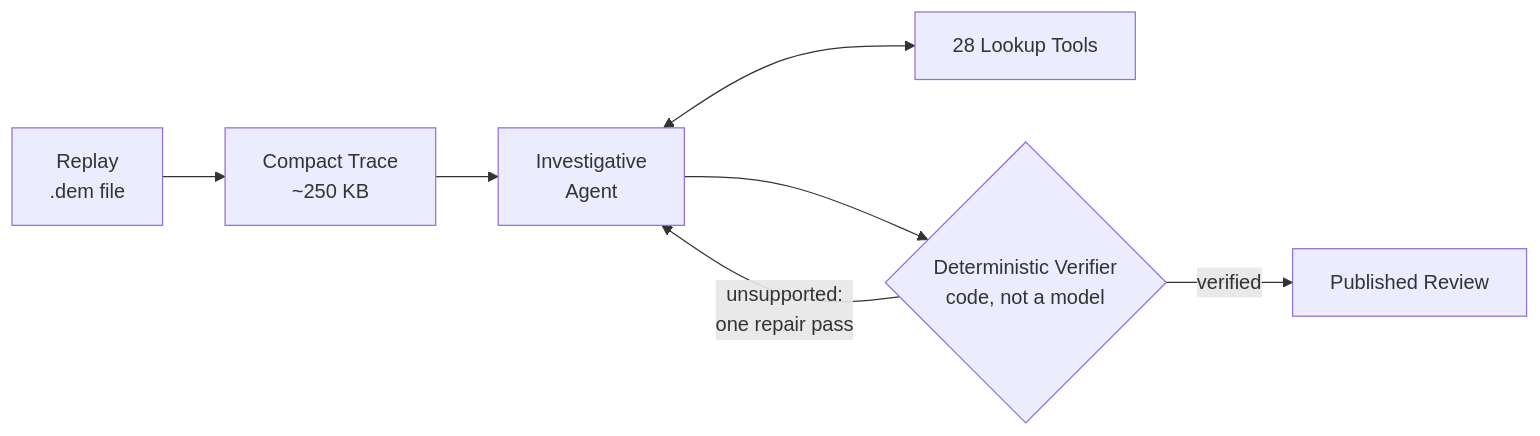
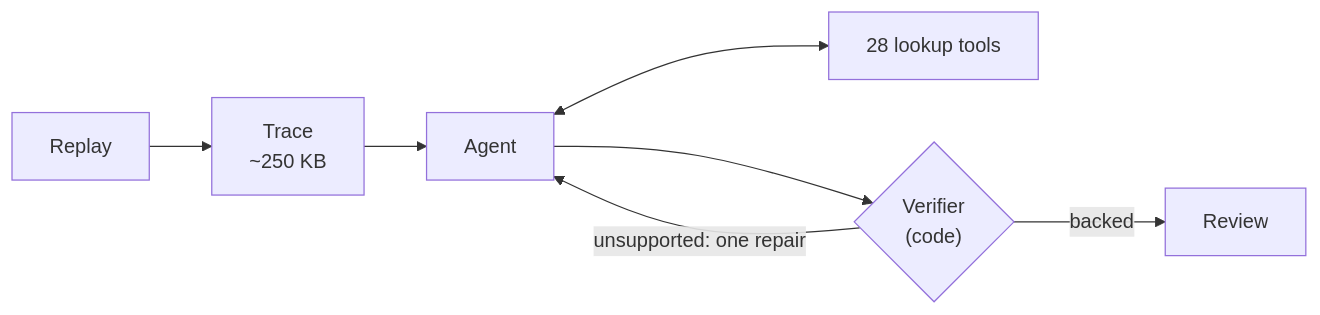
Before and after one commit to qianhaoq/dota2.ai: the diagram in README.md, drawn with Mermaid. The commit also changed other lines of this file and 8 other files, not shown here.

````diff
--- a/README.md
+++ b/README.md
@@ -65,9 +101,9 @@
 ```mermaid
 flowchart LR
-    R["Replay<br/>.dem file"] --> T["Compact Trace<br/>~250 KB"]
-    T --> A["Investigative<br/>Agent"]
-    A <--> L["28 Lookup Tools"]
-    A --> V{"Deterministic Verifier<br/>code, not a model"}
-    V -- "unsupported:<br/>one repair pass" --> A
-    V -- "verified" --> D["Published Review"]
+    R["Replay"] --> T["Trace<br/>~250 KB"]
+    T --> A["Agent"]
+    A <--> L["28 lookup tools"]
+    A --> V{"Verifier<br/>(code)"}
+    V -- "unsupported: one repair" --> A
+    V -- "backed" --> D["Review"]
 ```
````
